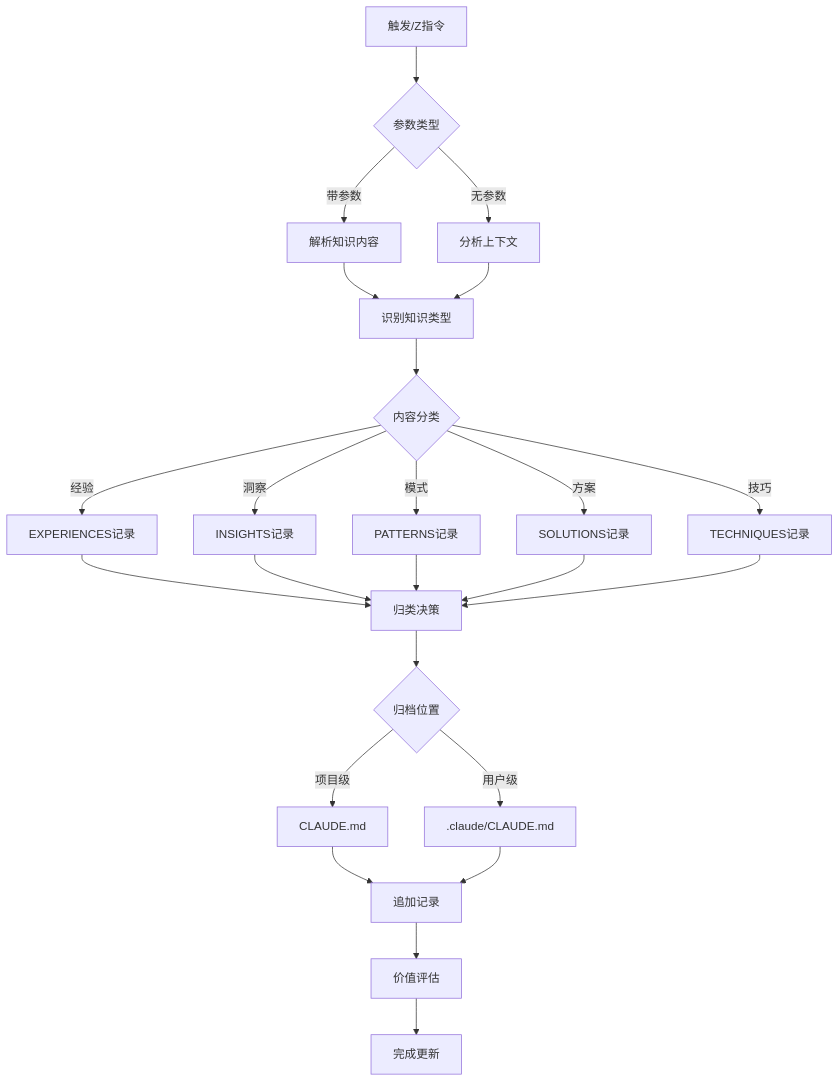
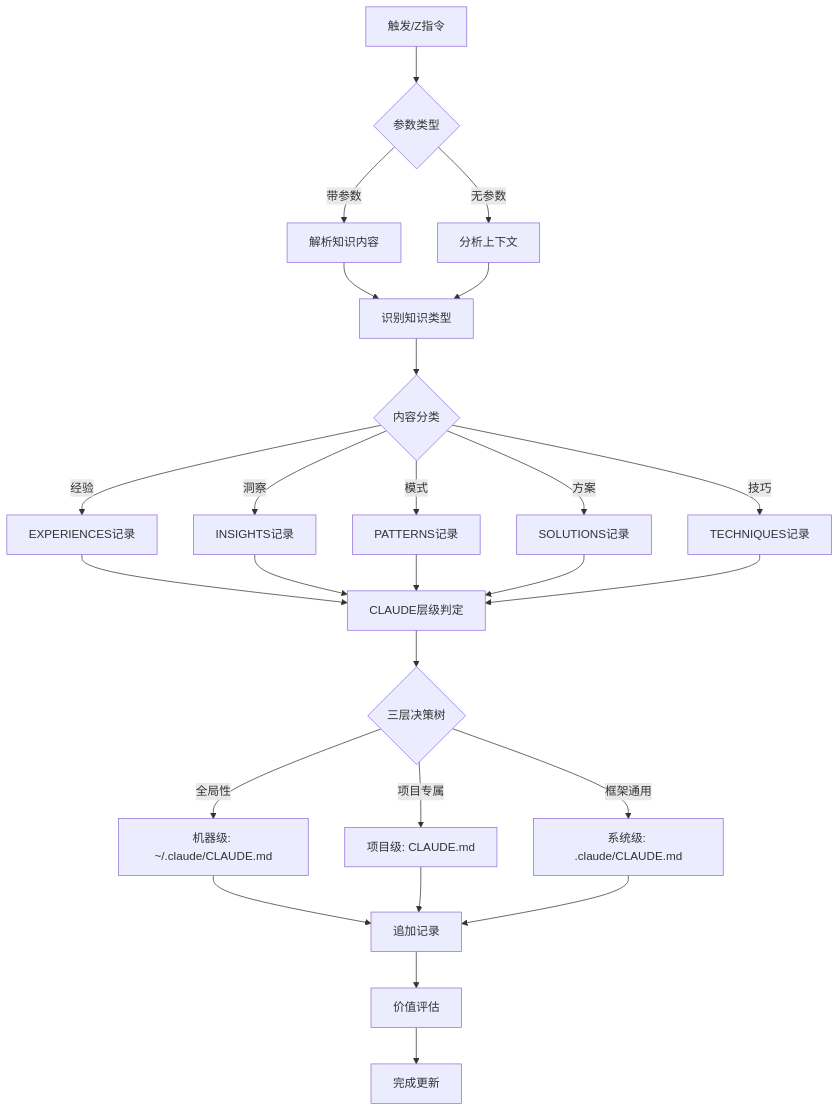
Before and after one commit to ZEN-VOID/ZTL-digital-operations-center: the diagram in .claude/commands/Z.md, drawn with Mermaid. The commit also changed other lines of this file and 46 other files, not shown here.

````diff
--- a/.claude/commands/Z.md
+++ b/.claude/commands/Z.md
@@ -127,32 +127,34 @@
 ```mermaid
 graph TD
     A[触发/Z指令] --> B{参数类型}
     B -->|带参数| C[解析知识内容]
     B -->|无参数| D[分析上下文]
 
     C --> E[识别知识类型]
     D --> E
 
     E --> F{内容分类}
     F -->|经验| G[EXPERIENCES记录]
     F -->|洞察| H[INSIGHTS记录]
     F -->|模式| I[PATTERNS记录]
     F -->|方案| J[SOLUTIONS记录]
     F -->|技巧| K[TECHNIQUES记录]
 
-    G --> L[归类决策]
+    G --> L[CLAUDE层级判定]
     H --> L
     I --> L
     J --> L
     K --> L
 
-    L --> M{归档位置}
-    M -->|项目级| N[CLAUDE.md]
-    M -->|用户级| O[.claude/CLAUDE.md]
+    L --> M{三层决策树}
+    M -->|全局性| N1[机器级: ~/.claude/CLAUDE.md]
+    M -->|项目专属| N2[项目级: CLAUDE.md]
+    M -->|框架通用| N3[系统级: .claude/CLAUDE.md]
 
-    N --> P[追加记录]
-    O --> P
+    N1 --> P[追加记录]
+    N2 --> P
+    N3 --> P
 
     P --> Q[价值评估]
     Q --> R[完成更新]
 ```
````
